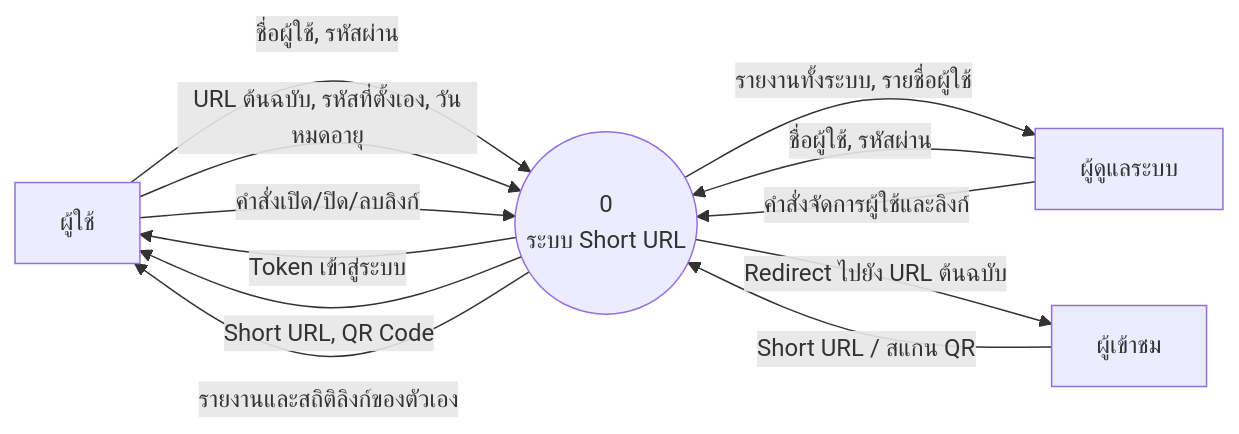
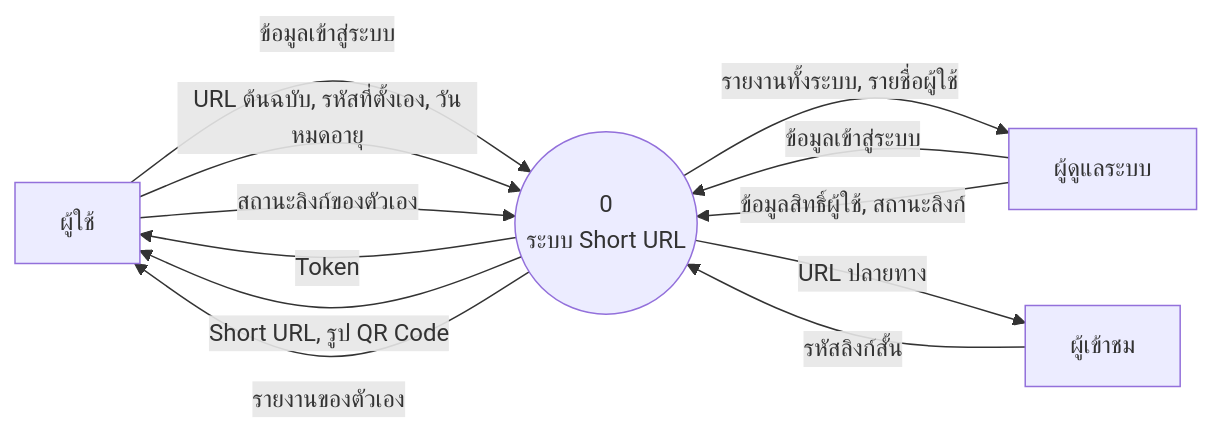
Before and after one commit to Rung03/short-url: the first of 6 diagrams in docs/design.md, drawn with Mermaid. The commit also changed other lines of this file and 3 other files, not shown here.

Commit message:
DFD: noun data-flow names written on the lines

````diff
--- a/docs/design.md
+++ b/docs/design.md
@@ -38,21 +38,21 @@
 ```mermaid
 flowchart LR
     U[ผู้ใช้]
     A[ผู้ดูแลระบบ]
     V[ผู้เข้าชม]
     S((0<br/>ระบบ Short URL))
 
-    U -- ชื่อผู้ใช้, รหัสผ่าน --> S
+    U -- ข้อมูลเข้าสู่ระบบ --> S
     U -- URL ต้นฉบับ, รหัสที่ตั้งเอง, วันหมดอายุ --> S
-    U -- คำสั่งเปิด/ปิด/ลบลิงก์ --> S
-    S -- Token เข้าสู่ระบบ --> U
-    S -- Short URL, QR Code --> U
-    S -- รายงานและสถิติลิงก์ของตัวเอง --> U
+    U -- สถานะลิงก์ของตัวเอง --> S
+    S -- Token --> U
+    S -- Short URL, รูป QR Code --> U
+    S -- รายงานของตัวเอง --> U
 
-    A -- ชื่อผู้ใช้, รหัสผ่าน --> S
-    A -- คำสั่งจัดการผู้ใช้และลิงก์ --> S
+    A -- ข้อมูลเข้าสู่ระบบ --> S
+    A -- ข้อมูลสิทธิ์ผู้ใช้, สถานะลิงก์ --> S
     S -- รายงานทั้งระบบ, รายชื่อผู้ใช้ --> A
 
-    V -- Short URL / สแกน QR --> S
-    S -- Redirect ไปยัง URL ต้นฉบับ --> V
+    V -- รหัสลิงก์สั้น --> S
+    S -- URL ปลายทาง --> V
 ```
````
